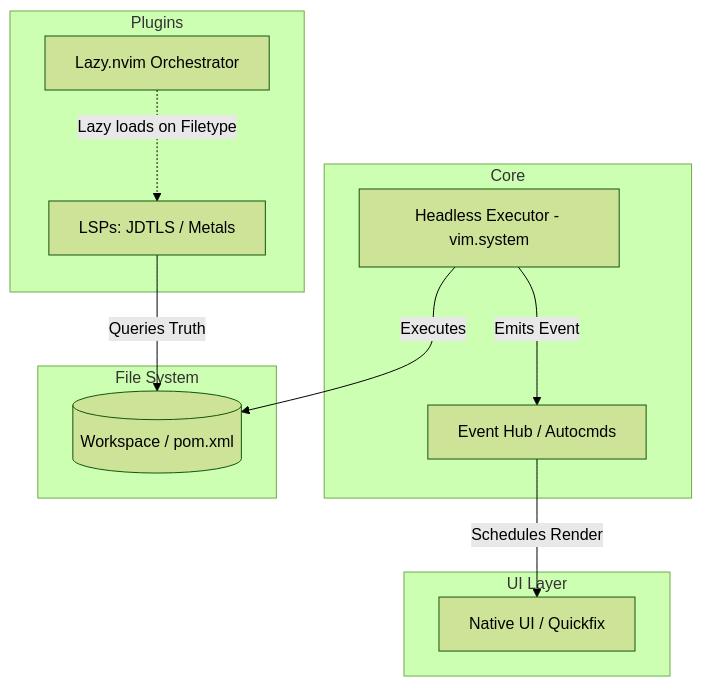
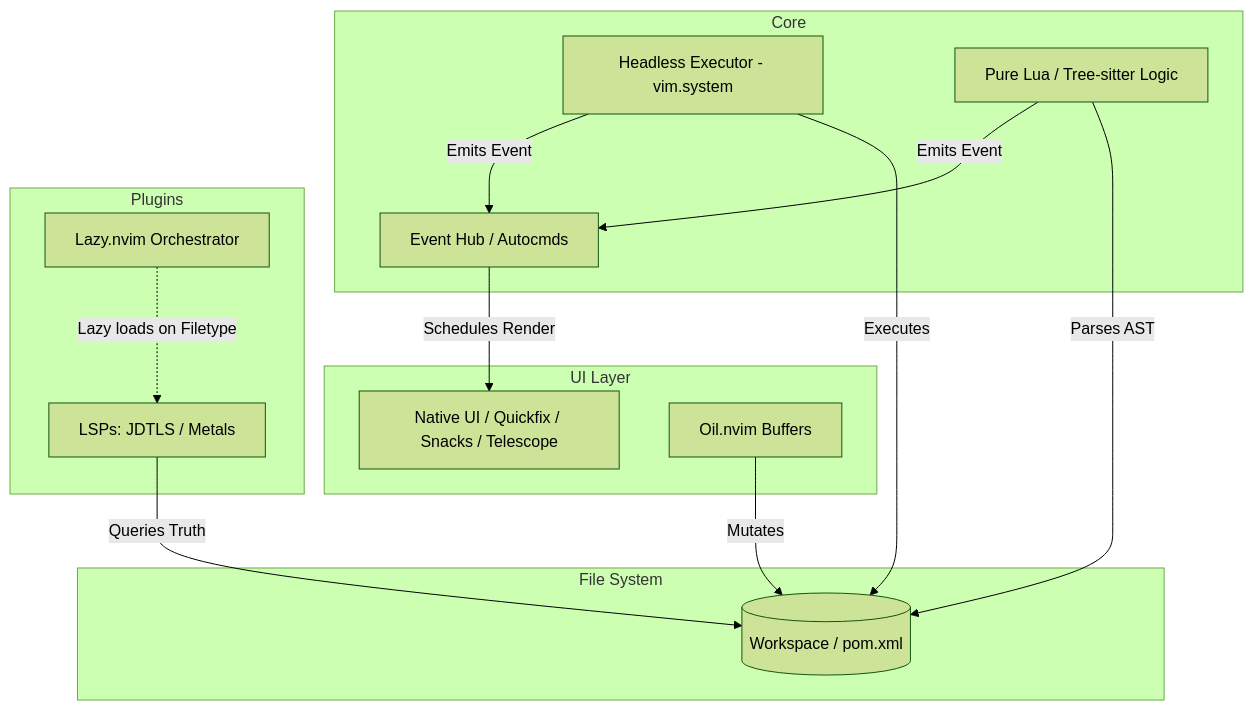
One commit to petrolal/cumulus.nvim changed the diagram in _bmad-output/planning-artifacts/architecture/architecture-cumulus.nvim-2026-08-25/ARCHITECTURE-SPINE.md. Above: the diagram before and after it, drawn with Mermaid (forest theme). The commit also changed other lines of this file and 10 other files, not shown here.

````diff
--- a/_bmad-output/planning-artifacts/architecture/architecture-cumulus.nvim-2026-08-25/ARCHITECTURE-SPINE.md
+++ b/_bmad-output/planning-artifacts/architecture/architecture-cumulus.nvim-2026-08-25/ARCHITECTURE-SPINE.md
@@ -35,26 +50,31 @@
 ```mermaid
 graph TD
     subgraph UI Layer
-        UI[Native UI / Quickfix]
+        UI[Native UI / Quickfix / Snacks / Telescope]
+        Oil[Oil.nvim Buffers]
     end
 
     subgraph Core
         EH[Event Hub / Autocmds]
         Exec[Headless Executor - vim.system]
+        Lua[Pure Lua / Tree-sitter Logic]
     end
 
     subgraph Plugins
         Lazy[Lazy.nvim Orchestrator]
         LSP[LSPs: JDTLS / Metals]
     end
 
     subgraph File System
         Disk[(Workspace / pom.xml)]
     end
 
     Exec -- Emits Event --> EH
+    Lua -- Emits Event --> EH
     EH -- Schedules Render --> UI
     LSP -- Queries Truth --> Disk
+    Lua -- Parses AST --> Disk
     Exec -- Executes --> Disk
+    Oil -- Mutates --> Disk
     Lazy -. Lazy loads on Filetype .-> LSP
 ```
````
